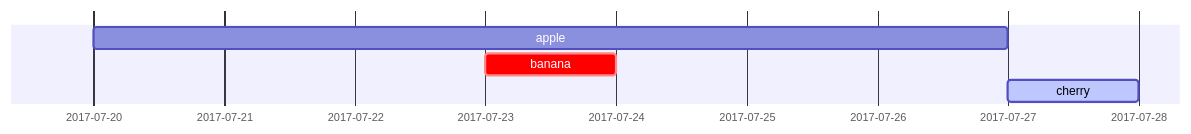
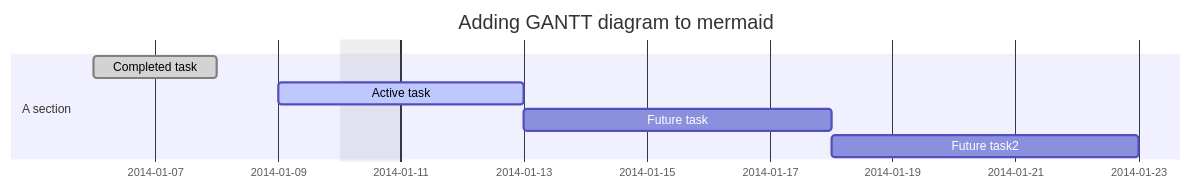
One commit to nopeslide/drawio_mermaid_plugin changed the diagram in drawio_desktop/src/palettes/mermaid/gantt.mmd. Above: the diagram before and after it, drawn with Mermaid. The commit also changed 6 other files, not shown here.

```diff
--- a/drawio_desktop/src/palettes/mermaid/gantt.mmd
+++ b/drawio_desktop/src/palettes/mermaid/gantt.mmd
@@ -1,4 +1,10 @@
 gantt
-apple :a, 2017-07-20, 1w
-banana :crit, b, 2017-07-23, 1d
-cherry :active, c, after b a, 1d
+dateFormat  YYYY-MM-DD
+title Adding GANTT diagram to mermaid
+excludes weekdays 2014-01-10
+
+section A section
+Completed task            :done,    des1, 2014-01-06,2014-01-08
+Active task               :active,  des2, 2014-01-09, 3d
+Future task               :         des3, after des2, 5d
+Future task2               :         des4, after des3, 5d
```
